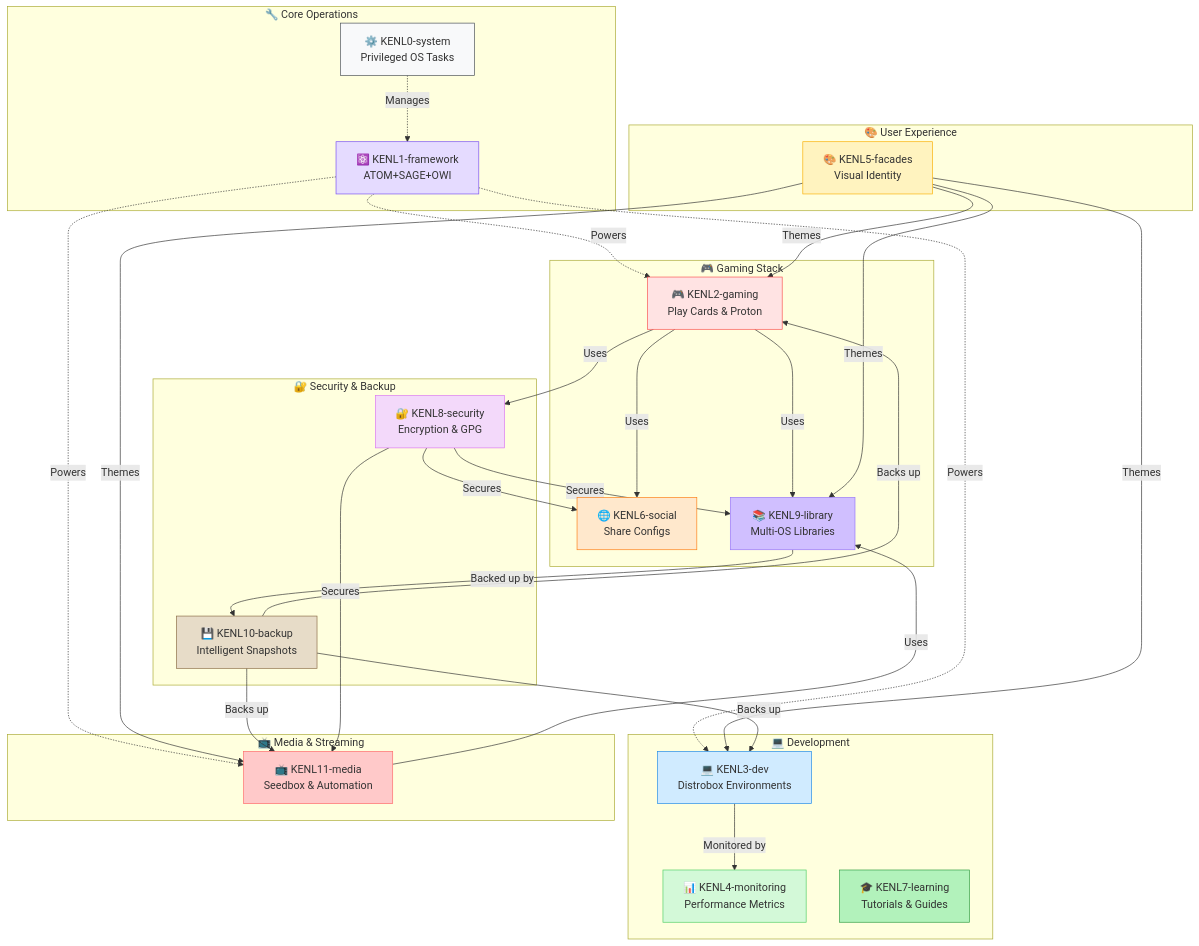
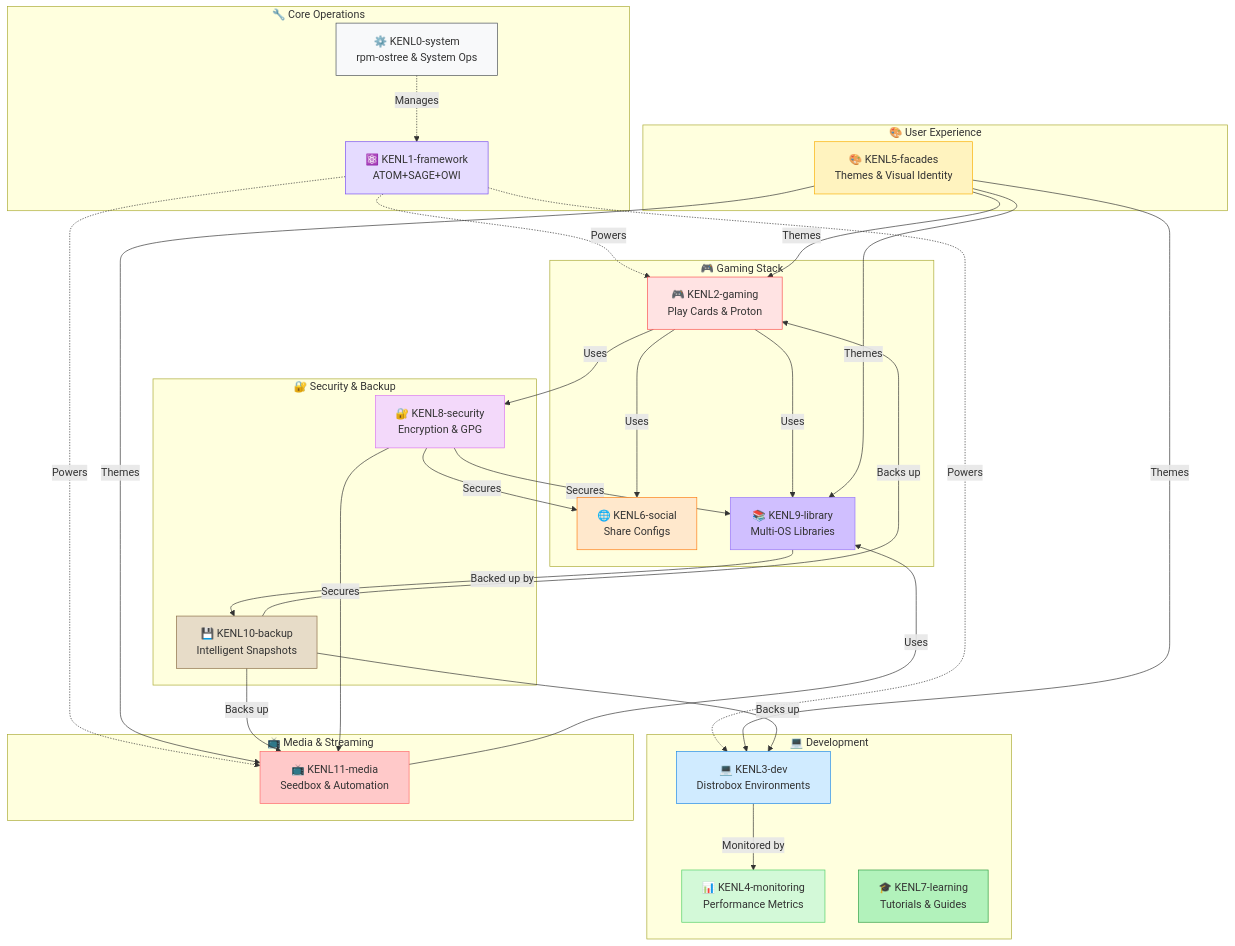
The second of 3 diagrams in README.md (toolate28/kenl), drawn with Mermaid before and after one commit. The commit also changed other lines of this file, not shown here.

````diff
--- a/README.md
+++ b/README.md
@@ -83,66 +132,66 @@
 ```mermaid
 graph TB
     subgraph Core["🔧 Core Operations"]
-        KENL0[⚙️ KENL0-system<br/>Privileged OS Tasks]
+        KENL0[⚙️ KENL0-system<br/>rpm-ostree & System Ops]
         KENL1[⚛️ KENL1-framework<br/>ATOM+SAGE+OWI]
     end
 
     subgraph Gaming["🎮 Gaming Stack"]
         KENL2[🎮 KENL2-gaming<br/>Play Cards & Proton]
         KENL6[🌐 KENL6-social<br/>Share Configs]
         KENL9[📚 KENL9-library<br/>Multi-OS Libraries]
     end
 
     subgraph Development["💻 Development"]
         KENL3[💻 KENL3-dev<br/>Distrobox Environments]
         KENL4[📊 KENL4-monitoring<br/>Performance Metrics]
         KENL7[🎓 KENL7-learning<br/>Tutorials & Guides]
     end
 
     subgraph Media["📺 Media & Streaming"]
         KENL11[📺 KENL11-media<br/>Seedbox & Automation]
     end
 
     subgraph UX["🎨 User Experience"]
-        KENL5[🎨 KENL5-facades<br/>Visual Identity]
+        KENL5[🎨 KENL5-facades<br/>Themes & Visual Identity]
     end
 
     subgraph Security["🔐 Security & Backup"]
         KENL8[🔐 KENL8-security<br/>Encryption & GPG]
         KENL10[💾 KENL10-backup<br/>Intelligent Snapshots]
     end
 
     KENL0 -.->|Manages| KENL1
     KENL1 -.->|Powers| KENL2
     KENL1 -.->|Powers| KENL3
     KENL1 -.->|Powers| KENL11
     KENL2 -->|Uses| KENL9
     KENL2 -->|Uses| KENL8
     KENL2 -->|Uses| KENL6
     KENL3 -->|Monitored by| KENL4
     KENL5 -->|Themes| KENL2
     KENL5 -->|Themes| KENL3
     KENL5 -->|Themes| KENL9
     KENL5 -->|Themes| KENL11
     KENL9 -->|Backed up by| KENL10
     KENL10 -->|Backs up| KENL2
     KENL10 -->|Backs up| KENL3
     KENL10 -->|Backs up| KENL11
     KENL8 -->|Secures| KENL6
     KENL8 -->|Secures| KENL9
     KENL8 -->|Secures| KENL11
     KENL11 -->|Uses| KENL9
 
     style KENL0 fill:#f8f9fa,stroke:#495057
     style KENL1 fill:#e5dbff,stroke:#7950f2
     style KENL2 fill:#ffe3e3,stroke:#fa5252
     style KENL3 fill:#d0ebff,stroke:#228be6
     style KENL4 fill:#d3f9d8,stroke:#51cf66
     style KENL5 fill:#fff3bf,stroke:#fab005
     style KENL6 fill:#ffe8cc,stroke:#fd7e14
     style KENL7 fill:#b2f2bb,stroke:#2f9e44
     style KENL8 fill:#f3d9fa,stroke:#da77f2
     style KENL9 fill:#d0bfff,stroke:#9775fa
     style KENL10 fill:#e7dcc8,stroke:#8b6d47
     style KENL11 fill:#ffc9c9,stroke:#ff6b6b
 ```
````
